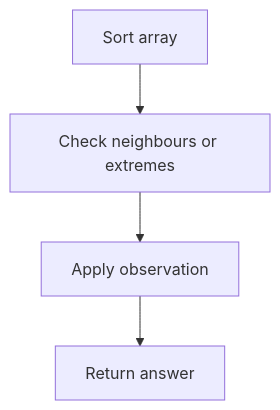
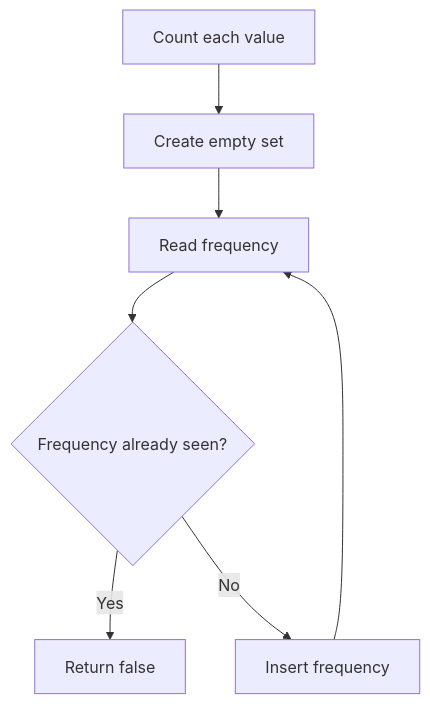
One commit to mthaiseer/springcloud-systemdesign-notes changed diagram 12 of 23 in CP_DSA_NOTES/001_TOPIC_WISE/013_ADHOC_PROBLEMS.md. Above: the diagram before and after it, drawn with Mermaid. The commit also changed other lines of this file and 1 other file, not shown here.

````diff
--- a/CP_DSA_NOTES/001_TOPIC_WISE/013_ADHOC_PROBLEMS.md
+++ b/CP_DSA_NOTES/001_TOPIC_WISE/013_ADHOC_PROBLEMS.md
@@ -1092,6 +847,9 @@
 ```mermaid
 flowchart TD
-    A["Sort array"] --> B["Check neighbours or extremes"]
-    B --> C["Apply observation"]
-    C --> D["Return answer"]
+    A["Count each value"] --> B["Create empty set"]
+    B --> C["Read frequency"]
+    C --> D{"Frequency already seen?"}
+    D -->|Yes| E["Return false"]
+    D -->|No| F["Insert frequency"]
+    F --> C
 ```
````
